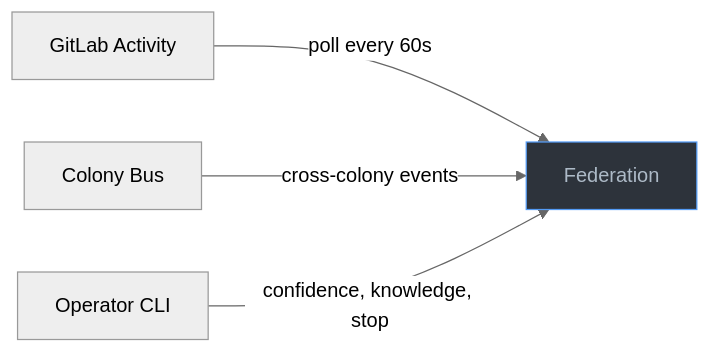
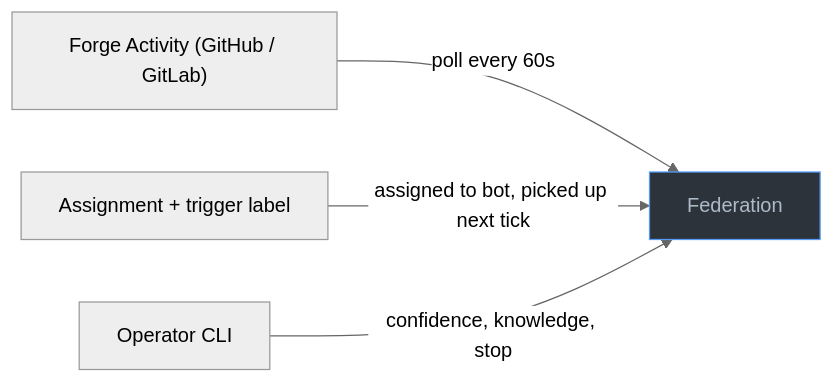
Before and after one commit to Replikanti/agentis-colonies: the second of 3 diagrams in dev-apprenticeship/README.md, drawn with Mermaid (neutral theme). The commit also changed other lines of this file and 1 other file, not shown here.

````diff
--- a/dev-apprenticeship/README.md
+++ b/dev-apprenticeship/README.md
@@ -177,13 +181,13 @@
 ```mermaid
 graph LR
-    GL["GitLab Activity"]
-    BUS["Colony Bus"]
+    GL["Forge Activity (GitHub / GitLab)"]
+    ASG["Assignment + trigger label"]
     CLI["Operator CLI"]
     FED["Federation"]
 
     GL -- "poll every 60s" --> FED
-    BUS -- "cross-colony events" --> FED
+    ASG -- "assigned to bot, picked up next tick" --> FED
     CLI -- "confidence, knowledge, stop" --> FED
 
     style FED fill:#2d333b,stroke:#539bf5,color:#adbac7
 ```
````
